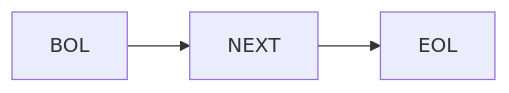
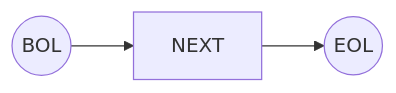
The sixth of 15 diagrams in documentation/nfsm.md (rewhowe/snapdragon), drawn with Mermaid before and after one commit. The commit also changed other lines of this file and 16 other files, not shown here.

````diff
--- a/documentation/nfsm.md
+++ b/documentation/nfsm.md
@@ -136,6 +140,6 @@
 ```mermaid
 graph LR
-  BOL --> NEXT
+  BOL((BOL)) --> NEXT
 
-  NEXT --> EOL
+  NEXT --> EOL((EOL))
 ```
````
